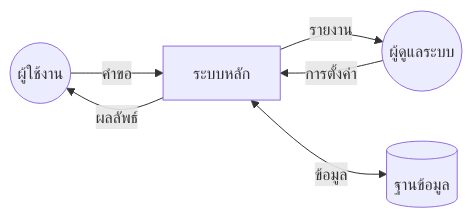
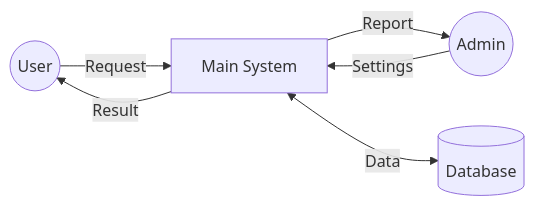
One commit to mounchons/AgentMarketPlace changed the fifth of 13 diagrams in plugins/system-design-doc/commands/create-diagram.md. Above: the diagram before and after it, drawn with Mermaid. The commit also changed other lines of this file and 51 other files, not shown here.

````diff
--- a/plugins/system-design-doc/commands/create-diagram.md
+++ b/plugins/system-design-doc/commands/create-diagram.md
@@ -153,8 +153,8 @@
 ```mermaid
 flowchart LR
-    E1((ผู้ใช้งาน)) -->|คำขอ| S[ระบบหลัก]
-    S -->|ผลลัพธ์| E1
-    E2((ผู้ดูแลระบบ)) -->|การตั้งค่า| S
-    S -->|รายงาน| E2
-    S <-->|ข้อมูล| D1[(ฐานข้อมูล)]
+    E1((User)) -->|Request| S[Main System]
+    S -->|Result| E1
+    E2((Admin)) -->|Settings| S
+    S -->|Report| E2
+    S <-->|Data| D1[(Database)]
 ```
````
